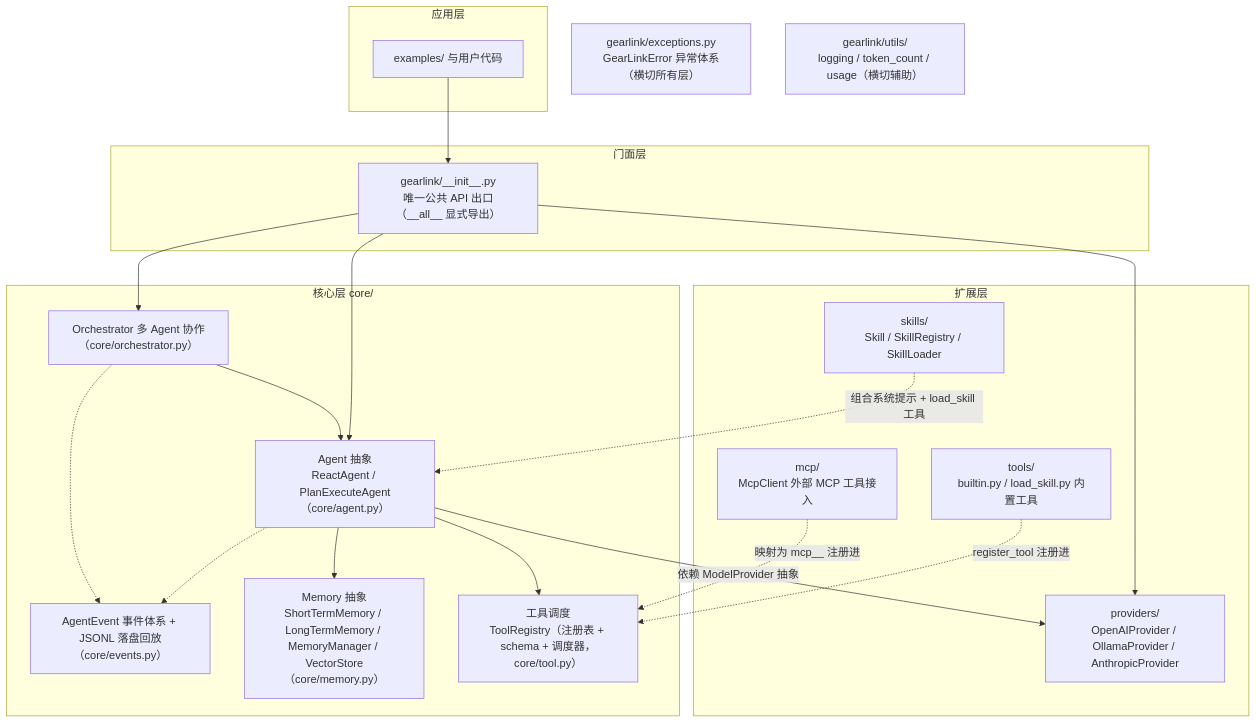
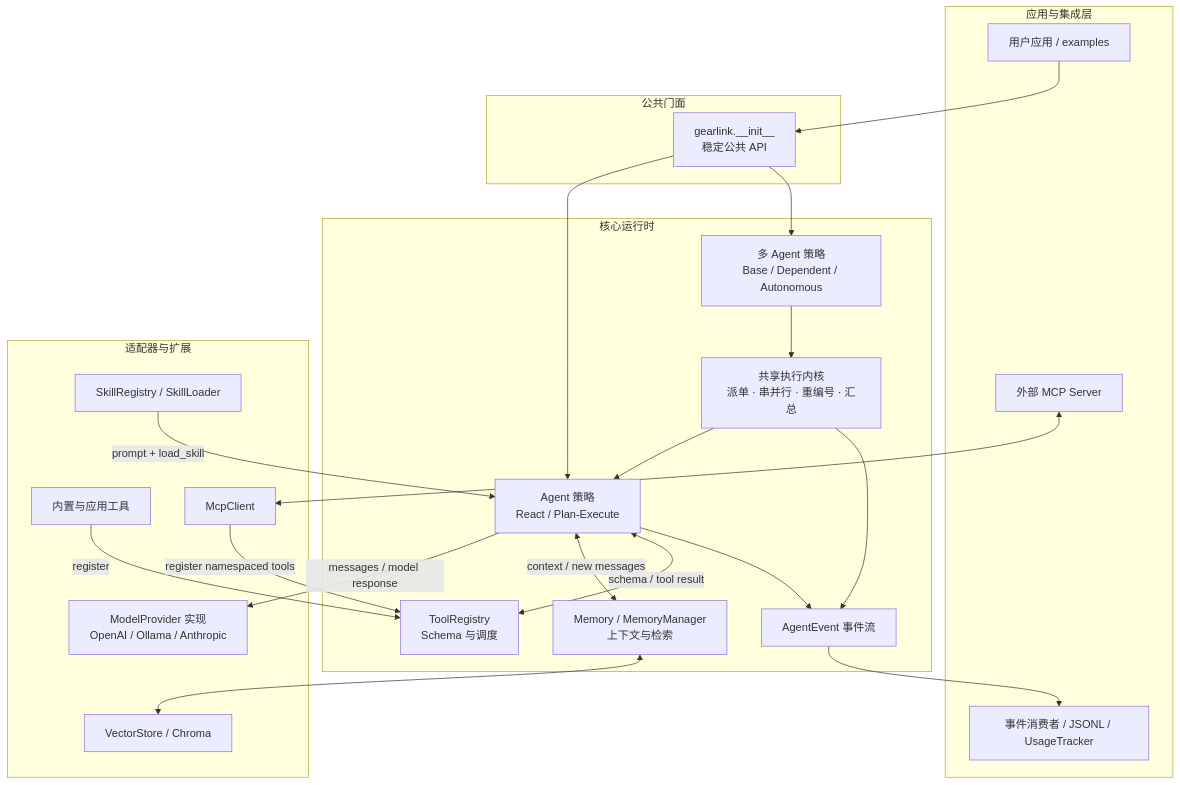
Before and after one commit to Mzys521/gearlink: the first of 9 diagrams in docs/架构设计.md, drawn with Mermaid. The commit also changed other lines of this file and 5 other files, not shown here.

````diff
--- a/docs/架构设计.md
+++ b/docs/架构设计.md
@@ -20,42 +20,46 @@
 ```mermaid
 flowchart TB
-    subgraph app[应用层]
-        EX[examples/ 与用户代码]
+    subgraph consumers["应用与集成层"]
+        APP["用户应用 / examples"]
+        OBS["事件消费者 / JSONL / UsageTracker"]
+        MCPS["外部 MCP Server"]
     end
 
-    subgraph facade[门面层]
-        INIT["gearlink/__init__.py<br/>唯一公共 API 出口（__all__ 显式导出）"]
+    subgraph facade["公共门面"]
+        API["gearlink.__init__<br/>稳定公共 API"]
     end
 
-    subgraph core[核心层 core/]
-        AGENT["Agent 抽象<br/>ReactAgent / PlanExecuteAgent（core/agent.py）"]
-        ORCH["Orchestrator 多 Agent 协作（core/orchestrator.py）"]
-        EVT["AgentEvent 事件体系 + JSONL 落盘回放（core/events.py）"]
-        MEM["Memory 抽象<br/>ShortTermMemory / LongTermMemory / MemoryManager / VectorStore（core/memory.py）"]
-        DISP["工具调度<br/>ToolRegistry（注册表 + schema + 调度器，core/tool.py）"]
+    subgraph runtime["核心运行时"]
+        AGENT["Agent 策略<br/>React / Plan-Execute"]
+        ORCH["多 Agent 策略<br/>Base / Dependent / Autonomous"]
+        KERNEL["共享执行内核<br/>派单 · 串并行 · 重编号 · 汇总"]
+        EVENTS["AgentEvent 事件流"]
+        MEMORY["Memory / MemoryManager<br/>上下文与检索"]
+        REGISTRY["ToolRegistry<br/>Schema 与调度"]
     end
 
-    subgraph ext[扩展层]
-        PROV["providers/<br/>OpenAIProvider / OllamaProvider / AnthropicProvider"]
-        TOOLS["tools/<br/>builtin.py / load_skill.py 内置工具"]
-        SKILLS["skills/<br/>Skill / SkillRegistry / SkillLoader"]
-        MCPX["mcp/<br/>McpClient 外部 MCP 工具接入"]
+    subgraph adapters["适配器与扩展"]
+        PROVIDERS["ModelProvider 实现<br/>OpenAI / Ollama / Anthropic"]
+        SKILLS["SkillRegistry / SkillLoader"]
+        TOOLS["内置与应用工具"]
+        MCP["McpClient"]
+        STORE["VectorStore / Chroma"]
     end
 
-    EXC["gearlink/exceptions.py<br/>GearLinkError 异常体系（横切所有层）"]
-    UTIL["gearlink/utils/<br/>logging / token_count / usage（横切辅助）"]
-
-    EX --> INIT
-    INIT --> AGENT
-    INIT --> ORCH
-    INIT --> PROV
-    AGENT -->|"依赖 ModelProvider 抽象"| PROV
-    AGENT --> MEM
-    AGENT --> DISP
-    AGENT -.-> EVT
-    ORCH --> AGENT
-    ORCH -.-> EVT
-    TOOLS -.->|"register_tool 注册进"| DISP
-    MCPX -.->|"映射为 mcp_<server>_<tool> 注册进"| DISP
-    SKILLS -.->|"组合系统提示 + load_skill 工具"| AGENT
+    APP --> API
+    API --> AGENT
+    API --> ORCH
+    ORCH --> KERNEL
+    KERNEL --> AGENT
+    AGENT -->|"messages / model response"| PROVIDERS
+    AGENT <-->|"context / new messages"| MEMORY
+    AGENT <-->|"schema / tool result"| REGISTRY
+    AGENT --> EVENTS
+    KERNEL --> EVENTS
+    EVENTS --> OBS
+    MEMORY <--> STORE
+    SKILLS -->|"prompt + load_skill"| AGENT
+    TOOLS -->|"register"| REGISTRY
+    MCPS <--> MCP
+    MCP -->|"register namespaced tools"| REGISTRY
 ```
````
